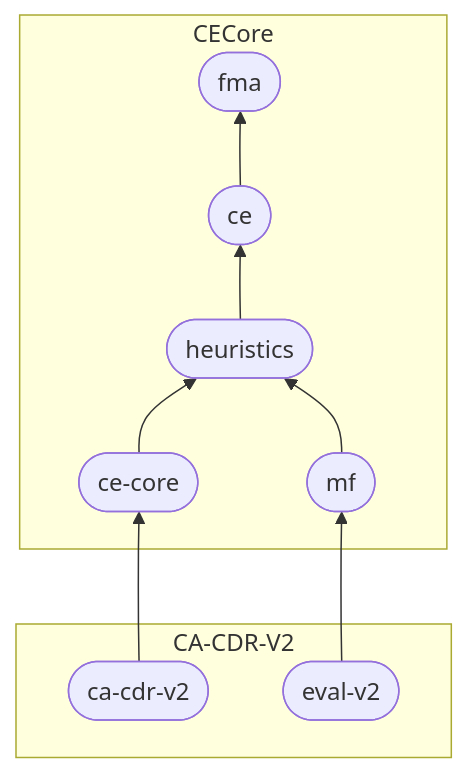
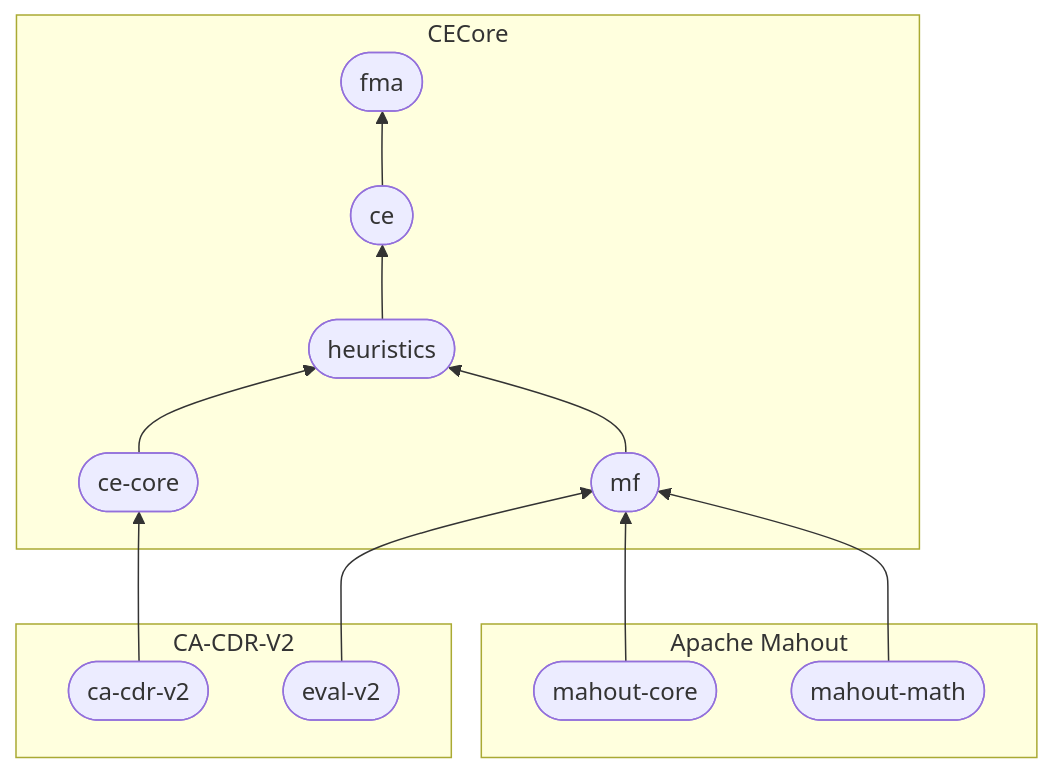
One commit to manleviet/manleviet.github.io changed the diagram in docs/ce-core/index.md. Above: the diagram before and after it, drawn with Mermaid. The commit also changed other lines of this file and 2 other files, not shown here.

Commit message:
Update get_packages

````diff
--- a/docs/ce-core/index.md
+++ b/docs/ce-core/index.md
@@ -29,16 +29,21 @@
 ```mermaid
 flowchart BT
     subgraph CA-CDR-V2
         A([ca-cdr-v2])
-        style A text-transform:lowercase;
         B([eval-v2])
+    end
+    subgraph Apache Mahout
+        H([mahout-core])
+        K([mahout-math])
     end
     A --> C([ce-core])
     B --> D([mf])
+    H --> D([mf])
+    K --> D([mf])
     subgraph CECore
         C --> E([heuristics])
         D --> E
         E --> F([ce])
         F --> G([fma])
     end
 ```
````
